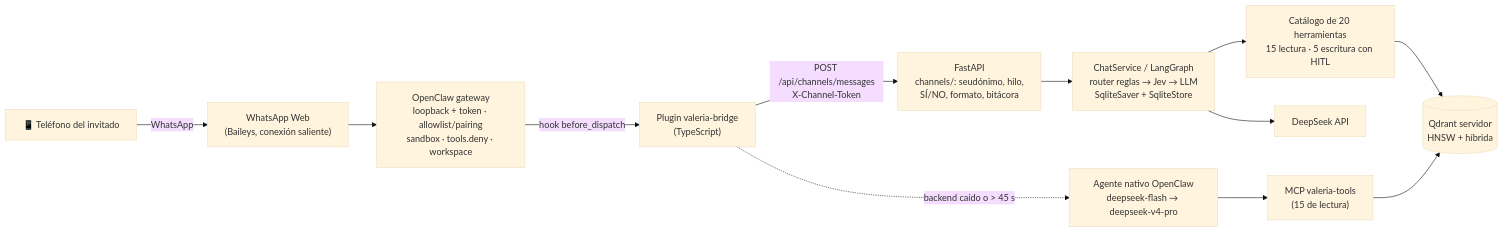
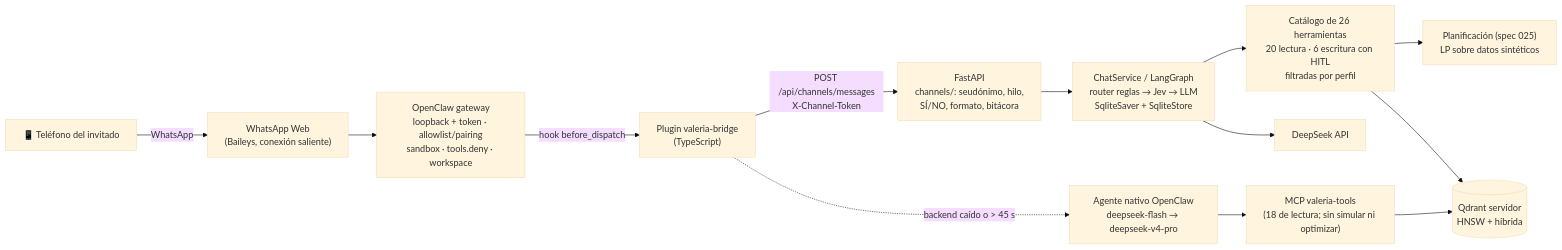
One commit to jasonCastano/proyecto_modelos_lenguaje changed the diagram in README.md. Above: the diagram before and after it, drawn with Mermaid (base theme). The commit also changed other lines of this file and 28 other files, not shown here.

First line of the commit message:
docs(arquitectura): perfiles y planificación en los diagramas Archify y el README (spec 025)

````diff
--- a/README.md
+++ b/README.md
@@ -258,14 +269,15 @@
 ```mermaid
 flowchart LR
     P["📱 Teléfono del invitado"] -->|WhatsApp| WA["WhatsApp Web<br/>(Baileys, conexión saliente)"]
     WA --> GW["OpenClaw gateway<br/>loopback + token · allowlist/pairing<br/>sandbox · tools.deny · workspace"]
     GW -->|"hook before_dispatch"| BR["Plugin valeria-bridge<br/>(TypeScript)"]
     BR -->|"POST /api/channels/messages<br/>X-Channel-Token"| API["FastAPI<br/>channels/: seudónimo, hilo,<br/>SÍ/NO, formato, bitácora"]
     API --> CS["ChatService / LangGraph<br/>router reglas → Jev → LLM<br/>SqliteSaver + SqliteStore"]
-    CS --> CAT["Catálogo de 20 herramientas<br/>15 lectura · 5 escritura con HITL"]
+    CS --> CAT["Catálogo de 26 herramientas<br/>20 lectura · 6 escritura con HITL<br/>filtradas por perfil"]
+    CAT --> PL["Planificación (spec 025)<br/>LP sobre datos sintéticos"]
     CAT --> QD[("Qdrant servidor<br/>HNSW + híbrida")]
     CS --> DS["DeepSeek API"]
     BR -.->|"backend caído o > 45 s"| NA["Agente nativo OpenClaw<br/>deepseek-flash → deepseek-v4-pro"]
-    NA --> MCP["MCP valeria-tools<br/>(15 de lectura)"]
+    NA --> MCP["MCP valeria-tools<br/>(18 de lectura; sin simular ni optimizar)"]
     MCP --> QD
 ```
````
